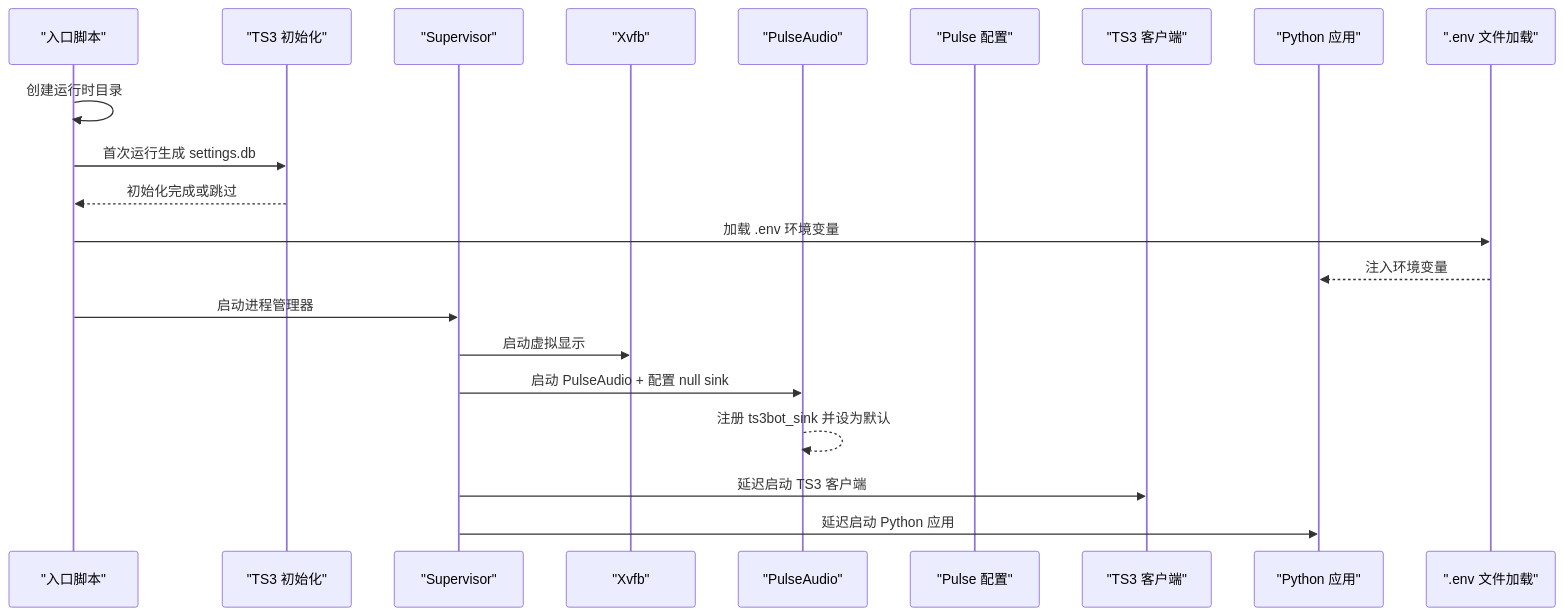
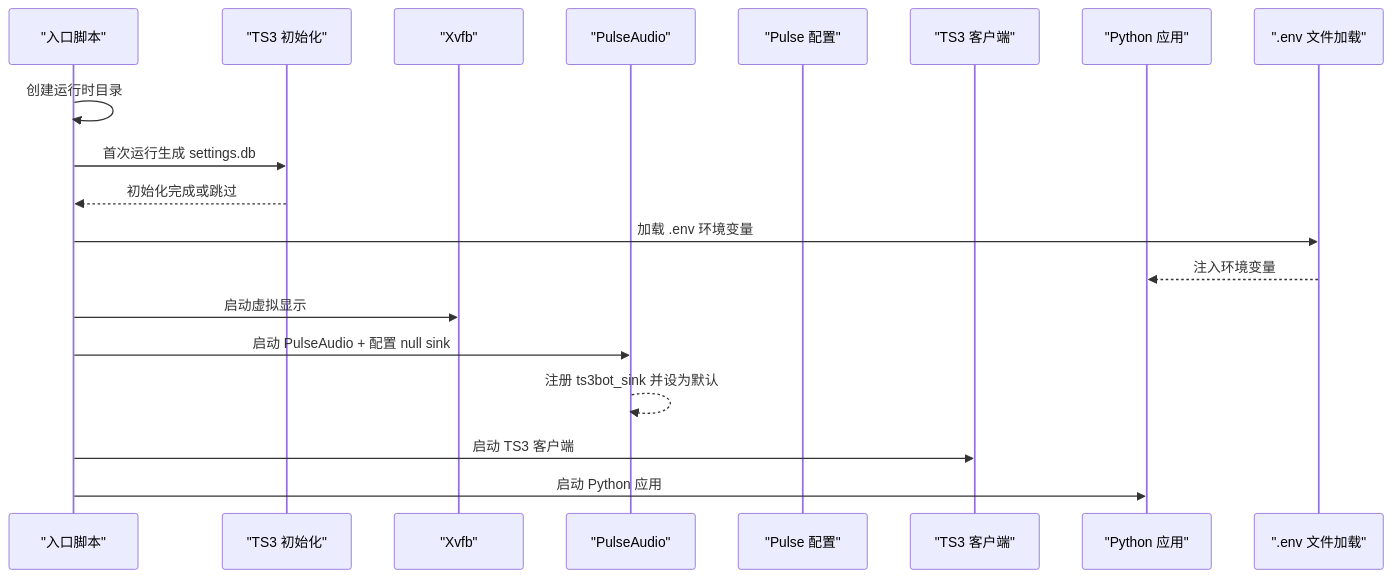
One commit to GhoulOwl/Teamspeak3_Bot changed the second of 7 diagrams in .qoder/repowiki/zh/content/部署和运维/环境配置.md. Above: the diagram before and after it, drawn with Mermaid. The commit also changed other lines of this file and 8 other files, not shown here.

````diff
--- a/.qoder/repowiki/zh/content/部署和运维/环境配置.md
+++ b/.qoder/repowiki/zh/content/部署和运维/环境配置.md
@@ -113,23 +110,21 @@
 ```mermaid
 sequenceDiagram
 participant Entrypoint as "入口脚本"
 participant Init as "TS3 初始化"
-participant Supervisord as "Supervisor"
 participant Xvfb as "Xvfb"
 participant Pulse as "PulseAudio"
 participant Setup as "Pulse 配置"
 participant TS3 as "TS3 客户端"
 participant Bot as "Python 应用"
 participant DotEnv as ".env 文件加载"
 Entrypoint->>Entrypoint : 创建运行时目录
 Entrypoint->>Init : 首次运行生成 settings.db
 Init-->>Entrypoint : 初始化完成或跳过
 Entrypoint->>DotEnv : 加载 .env 环境变量
 DotEnv-->>Bot : 注入环境变量
-Entrypoint->>Supervisord : 启动进程管理器
-Supervisord->>Xvfb : 启动虚拟显示
-Supervisord->>Pulse : 启动 PulseAudio + 配置 null sink
+Entrypoint->>Xvfb : 启动虚拟显示
+Entrypoint->>Pulse : 启动 PulseAudio + 配置 null sink
 Pulse-->>Pulse : 注册 ts3bot_sink 并设为默认
-Supervisord->>TS3 : 延迟启动 TS3 客户端
-Supervisord->>Bot : 延迟启动 Python 应用
+Entrypoint->>TS3 : 启动 TS3 客户端
+Entrypoint->>Bot : 启动 Python 应用
 ```
````
